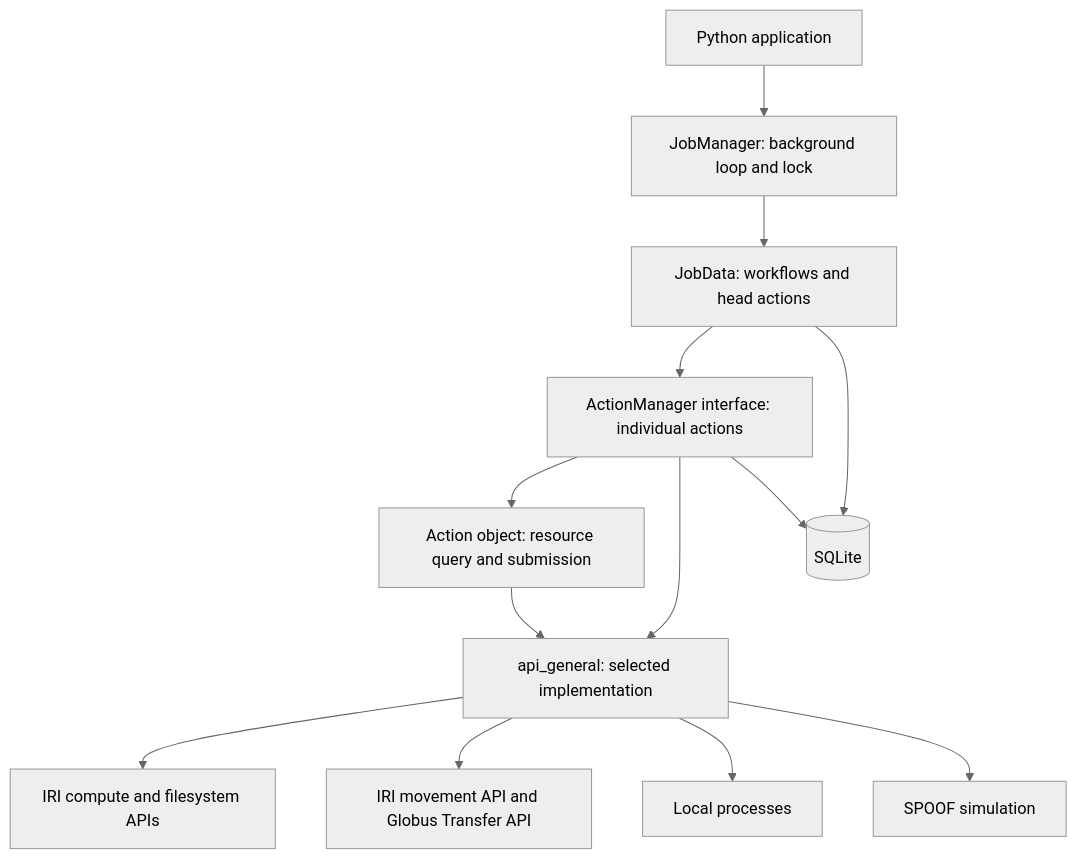
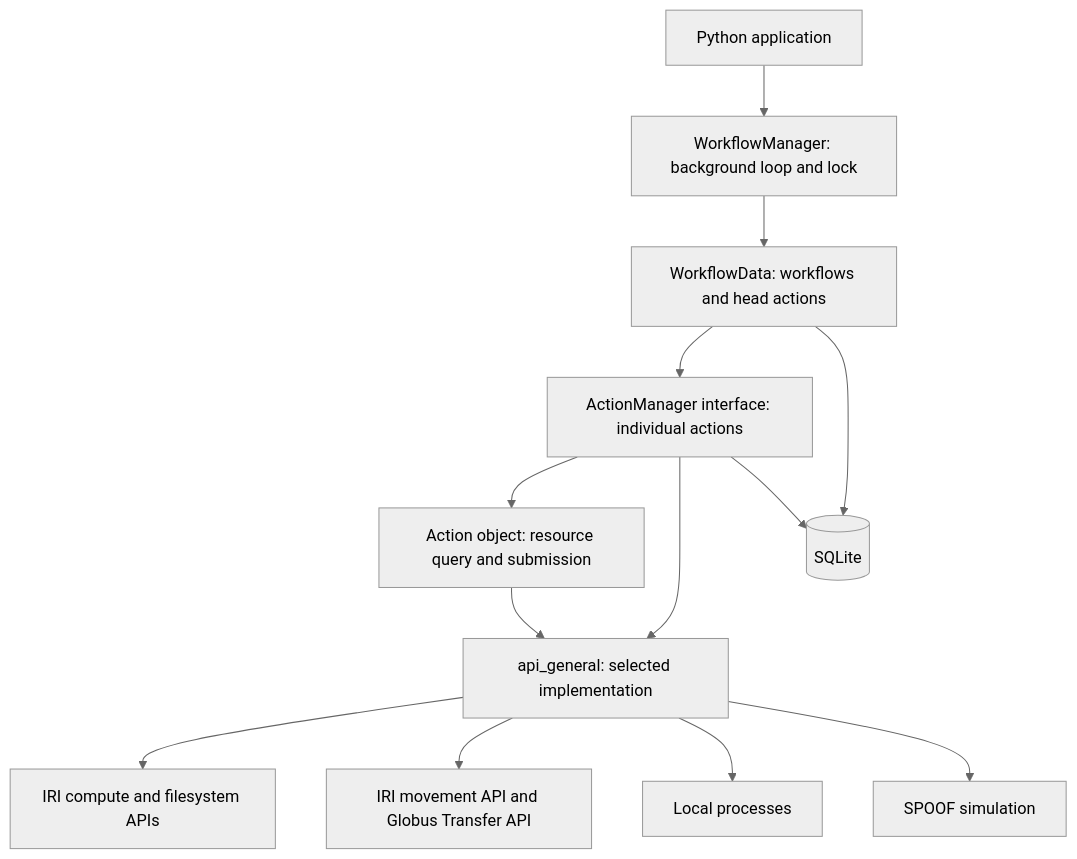
Before and after one commit to giltirn/AmSCjobManager: the diagram in docs/architecture.md, drawn with Mermaid (neutral theme). The commit also changed other lines of this file and 57 other files, not shown here.

First line of the commit message:
Rename workflow-related job terminology throughout the library

````diff
--- a/docs/architecture.md
+++ b/docs/architecture.md
@@ -22,15 +22,15 @@
 ```mermaid
 flowchart TD
-    User[Python application] --> Manager[JobManager: background loop and lock]
-    Manager --> Jobs[JobData: workflows and head actions]
-    Jobs --> Actions[ActionManager interface: individual actions]
+    User[Python application] --> Manager[WorkflowManager: background loop and lock]
+    Manager --> Workflows[WorkflowData: workflows and head actions]
+    Workflows --> Actions[ActionManager interface: individual actions]
     Actions --> Action[Action object: resource query and submission]
     Action --> API[api_general: selected implementation]
     Actions --> API
     API --> IRI[IRI compute and filesystem APIs]
     API --> Globus[IRI movement API and Globus Transfer API]
     API --> Local[Local processes]
     API --> Spoof[SPOOF simulation]
-    Jobs --> DB[(SQLite)]
+    Workflows --> DB[(SQLite)]
     Actions --> DB
 ```
````
